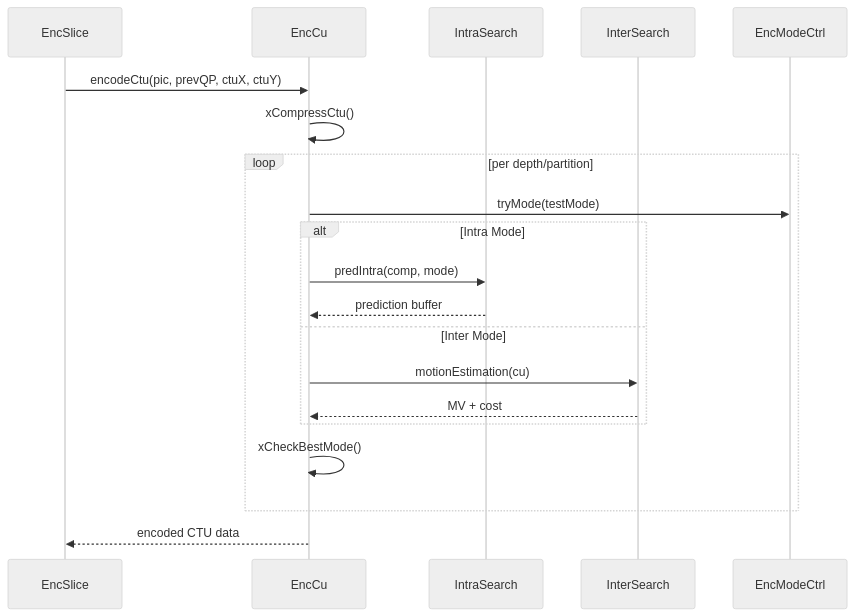
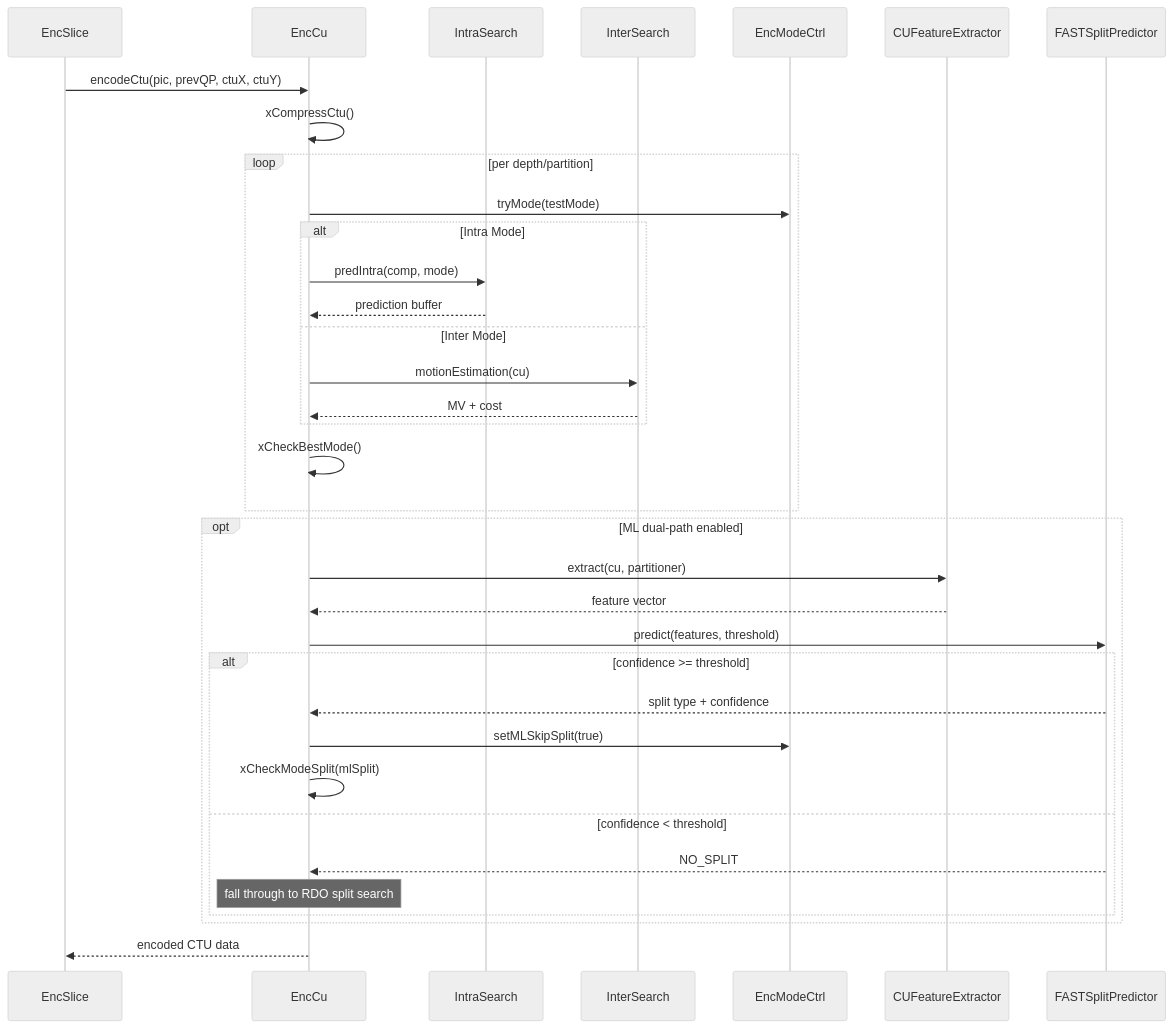
Before and after one commit to opensassi/deepenc: the second of 2 diagrams in source/Lib/EncoderLib/EncCu.spec.md, drawn with Mermaid (neutral theme). The commit also changed other lines of this file and 47 other files, not shown here.

````diff
--- a/source/Lib/EncoderLib/EncCu.spec.md
+++ b/source/Lib/EncoderLib/EncCu.spec.md
@@ -46,23 +47,38 @@
 ```mermaid
 sequenceDiagram
     participant EncSlice
     participant EncCu
     participant IntraSearch
     participant InterSearch
     participant EncModeCtrl
+    participant CUFeatureExtractor
+    participant FASTSplitPredictor
 
     EncSlice->>EncCu: encodeCtu(pic, prevQP, ctuX, ctuY)
     EncCu->>EncCu: xCompressCtu()
     loop per depth/partition
         EncCu->>EncModeCtrl: tryMode(testMode)
         alt Intra Mode
             EncCu->>IntraSearch: predIntra(comp, mode)
             IntraSearch-->>EncCu: prediction buffer
         else Inter Mode
             EncCu->>InterSearch: motionEstimation(cu)
             InterSearch-->>EncCu: MV + cost
         end
         EncCu->>EncCu: xCheckBestMode()
     end
+    opt ML dual-path enabled
+        EncCu->>CUFeatureExtractor: extract(cu, partitioner)
+        CUFeatureExtractor-->>EncCu: feature vector
+        EncCu->>FASTSplitPredictor: predict(features, threshold)
+        alt confidence >= threshold
+            FASTSplitPredictor-->>EncCu: split type + confidence
+            EncCu->>EncModeCtrl: setMLSkipSplit(true)
+            EncCu->>EncCu: xCheckModeSplit(mlSplit)
+        else confidence < threshold
+            FASTSplitPredictor-->>EncCu: NO_SPLIT
+            Note over EncCu: fall through to RDO split search
+        end
+    end
     EncCu-->>EncSlice: encoded CTU data
 ```
````
